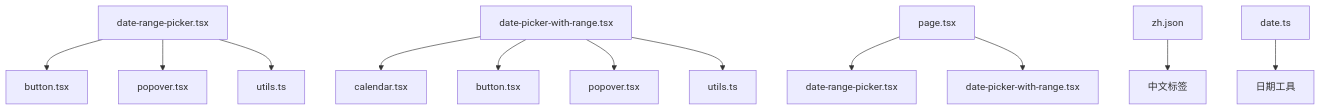
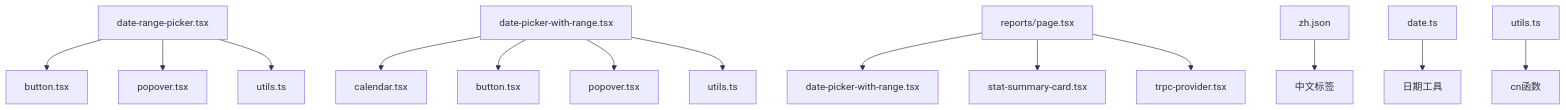
Before and after one commit to RadiumAg/AIGate: the eighth of 8 diagrams in .qoder/repowiki/zh/content/Date Range Picker Component.md, drawn with Mermaid. The commit also changed other lines of this file and 3 other files, not shown here.

````diff
--- a/.qoder/repowiki/zh/content/Date Range Picker Component.md
+++ b/.qoder/repowiki/zh/content/Date Range Picker Component.md
@@ -288,14 +414,16 @@
 ```mermaid
 graph TD
 A[date-range-picker.tsx] --> B[button.tsx]
 A --> C[popover.tsx]
 A --> D[utils.ts]
 E[date-picker-with-range.tsx] --> F[calendar.tsx]
 E --> G[button.tsx]
 E --> H[popover.tsx]
 E --> I[utils.ts]
-J[page.tsx] --> K[date-range-picker.tsx]
-J --> L[date-picker-with-range.tsx]
-M[zh.json] --> N[中文标签]
-O[date.ts] --> P[日期工具]
+J[reports/page.tsx] --> K[date-picker-with-range.tsx]
+J --> L[stat-summary-card.tsx]
+J --> M[trpc-provider.tsx]
+N[zh.json] --> O[中文标签]
+P[date.ts] --> Q[日期工具]
+R[utils.ts] --> S[cn函数]
 ```
````
